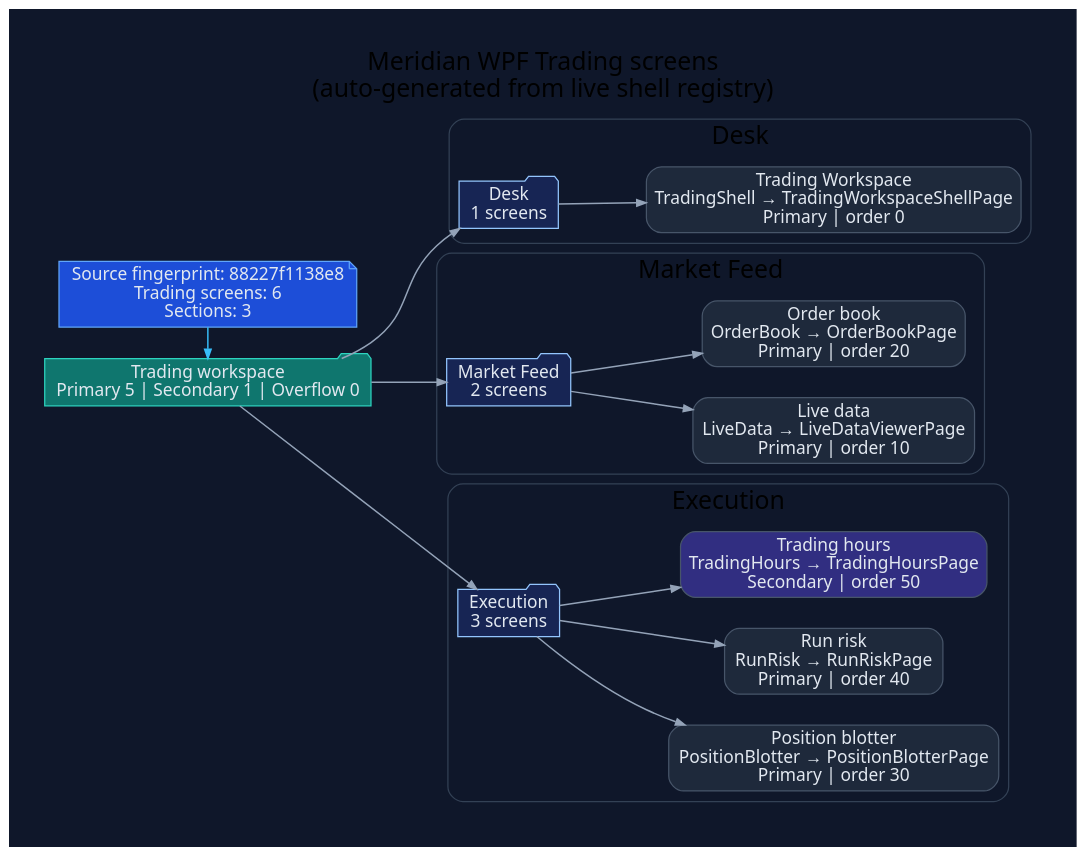
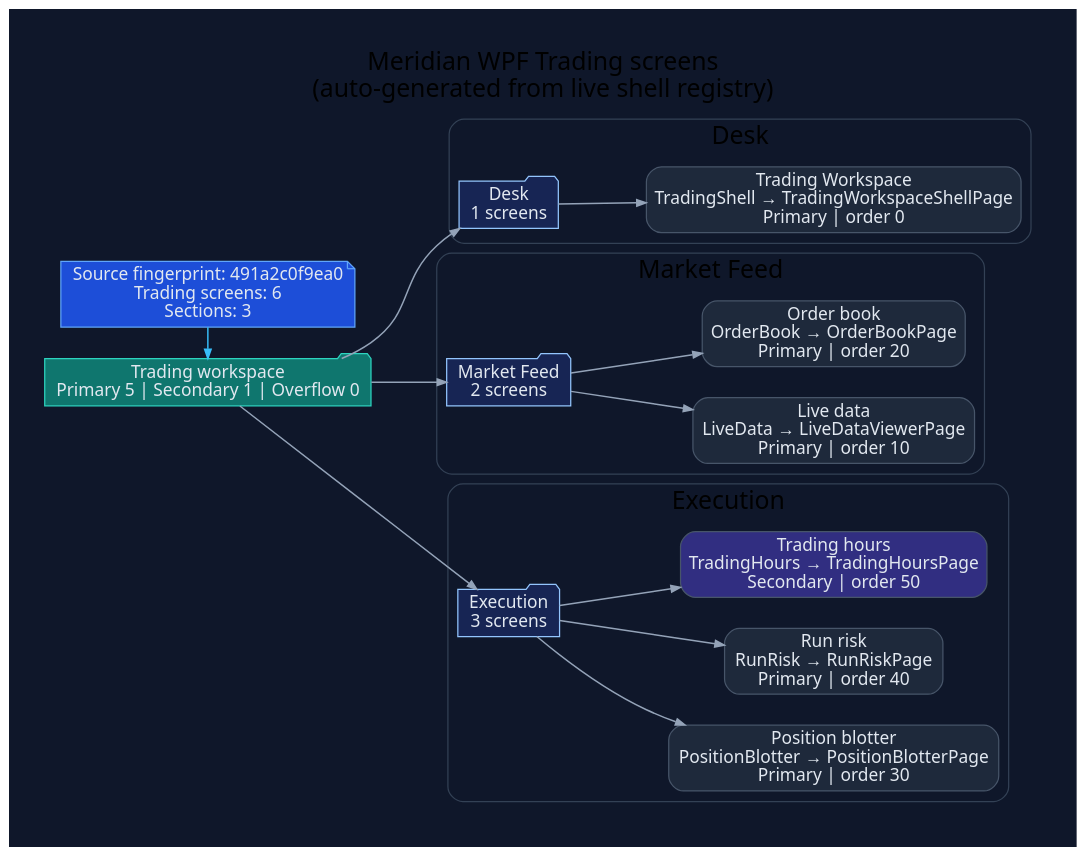
The diagram in docs/diagrams/ui-wpf-screens-trading.dot (rodoHasArrived/Meridian-main), drawn with Graphviz before and after one commit. The commit also changed 21 other files, not shown here.

First line of the commit message:
Regenerate WPF UI diagrams for the updated source fingerprint

```diff
--- a/docs/diagrams/ui-wpf-screens-trading.dot
+++ b/docs/diagrams/ui-wpf-screens-trading.dot
@@ -1,62 +1,62 @@
 // -----------------------------------------------------------------------------
 // <auto-generated>
 // Generated by scripts/generate-diagrams.mjs.
 // Do not edit this file directly; update the WPF source files instead.
 // -----------------------------------------------------------------------------
 digraph WpfTradingScreens {
   graph [
     rankdir=LR,
     labelloc=t,
     label="Meridian WPF Trading screens\n(auto-generated from live shell registry)",
     fontname="Segoe UI",
     fontsize=20,
     pad=0.4,
     nodesep=0.35,
     ranksep=0.85,
     bgcolor="#0f172a"
   ];
   node [fontname="Segoe UI", shape=box, style="rounded,filled", color="#475569", fontcolor="#e2e8f0", fillcolor="#1e293b"];
   edge [fontname="Segoe UI", color="#94a3b8", penwidth=1.2, arrowsize=0.75];
 
-  generated [shape=note, fillcolor="#1d4ed8", color="#60a5fa", label="Source fingerprint: 88227f1138e8\nTrading screens: 6\nSections: 3"];
+  generated [shape=note, fillcolor="#1d4ed8", color="#60a5fa", label="Source fingerprint: 491a2c0f9ea0\nTrading screens: 6\nSections: 3"];
   workspace [shape=folder, fillcolor="#0f766e", color="#2dd4bf", label="Trading workspace\nPrimary 5 | Secondary 1 | Overflow 0"];
   generated -> workspace [color="#38bdf8"];
 
   subgraph cluster_section_1 {
     label="Desk";
     color="#334155";
     style="rounded";
     section_1 [shape=folder, fillcolor="#172554", color="#93c5fd", label="Desk\n1 screens"];
     workspace -> section_1;
     screen_TradingShell [fillcolor="#1e293b", label="Trading Workspace\nTradingShell → TradingWorkspaceShellPage\nPrimary | order 0"];
     section_1 -> screen_TradingShell;
   }
 
   subgraph cluster_section_2 {
     label="Market Feed";
     color="#334155";
     style="rounded";
     section_2 [shape=folder, fillcolor="#172554", color="#93c5fd", label="Market Feed\n2 screens"];
     workspace -> section_2;
     screen_LiveData [fillcolor="#1e293b", label="Live data\nLiveData → LiveDataViewerPage\nPrimary | order 10"];
     section_2 -> screen_LiveData;
     screen_OrderBook [fillcolor="#1e293b", label="Order book\nOrderBook → OrderBookPage\nPrimary | order 20"];
     section_2 -> screen_OrderBook;
   }
 
   subgraph cluster_section_3 {
     label="Execution";
     color="#334155";
     style="rounded";
     section_3 [shape=folder, fillcolor="#172554", color="#93c5fd", label="Execution\n3 screens"];
     workspace -> section_3;
     screen_PositionBlotter [fillcolor="#1e293b", label="Position blotter\nPositionBlotter → PositionBlotterPage\nPrimary | order 30"];
     section_3 -> screen_PositionBlotter;
     screen_RunRisk [fillcolor="#1e293b", label="Run risk\nRunRisk → RunRiskPage\nPrimary | order 40"];
     section_3 -> screen_RunRisk;
     screen_TradingHours [fillcolor="#312e81", label="Trading hours\nTradingHours → TradingHoursPage\nSecondary | order 50"];
     section_3 -> screen_TradingHours;
   }
 
   { rank=min; generated; workspace; }
 }
```
